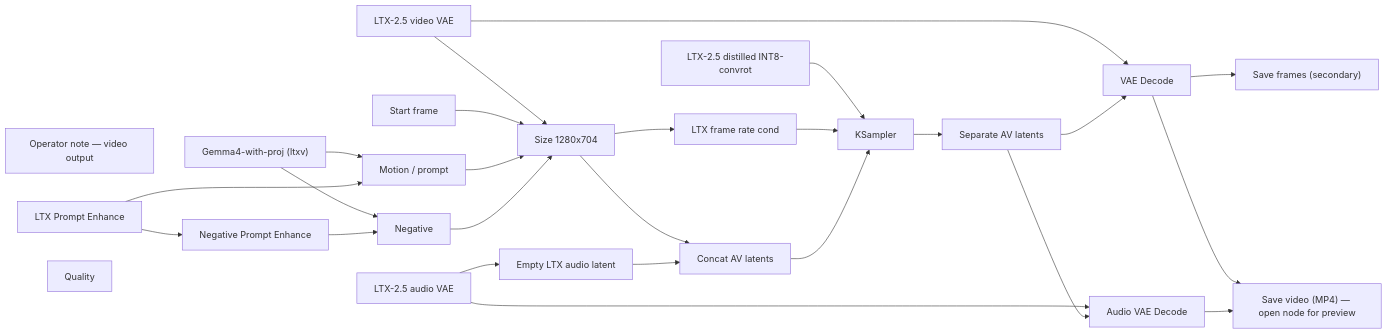
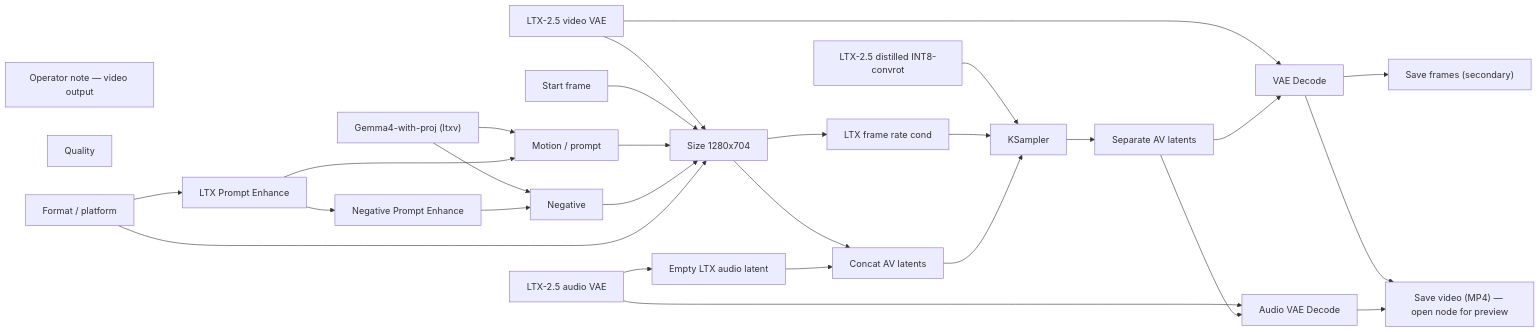
The diagram in docs/generated/workflows/ltx/creator/asmr-macro.md (toxicoder/ez-comfy-stack), drawn with Mermaid before and after one commit. The commit also changed other lines of this file and 312 other files, not shown here.

First line of the commit message:
feat: Format / platform on Klein, Wan, and LTX Apps

````diff
--- a/docs/generated/workflows/ltx/creator/asmr-macro.md
+++ b/docs/generated/workflows/ltx/creator/asmr-macro.md
@@ -52,48 +54,51 @@
 ```mermaid
 flowchart LR
   N1["LTX-2.5 distilled INT8-convrot"]
   N2["LTX-2.5 video VAE"]
   N3["Gemma4-with-proj (ltxv)"]
   N4["Start frame"]
   N5["Motion / prompt"]
   N6["Negative"]
   N7["Size 1280x704"]
   N8["LTX frame rate cond"]
   N9["KSampler"]
   N10["VAE Decode"]
   N12["Save frames (secondary)"]
   N13["LTX-2.5 audio VAE"]
   N14["Empty LTX audio latent"]
   N15["Concat AV latents"]
   N16["Separate AV latents"]
   N17["Operator note — video output"]
   N18["Save video (MP4) — open node for preview"]
   N19["LTX Prompt Enhance"]
   N20["Audio VAE Decode"]
   N21["Negative Prompt Enhance"]
   N22["Quality"]
+  N23["Format / platform"]
   N1 --> N9
   N2 --> N7
   N2 --> N10
   N3 --> N5
   N3 --> N6
   N4 --> N7
   N5 --> N7
   N6 --> N7
   N7 --> N8
   N7 --> N15
   N8 --> N9
   N9 --> N16
   N10 --> N12
   N10 --> N18
   N13 --> N14
   N13 --> N20
   N14 --> N15
   N15 --> N9
   N16 --> N10
   N16 --> N20
   N19 --> N5
   N19 --> N21
   N20 --> N18
   N21 --> N6
+  N23 --> N7
+  N23 --> N19
 ```
````
